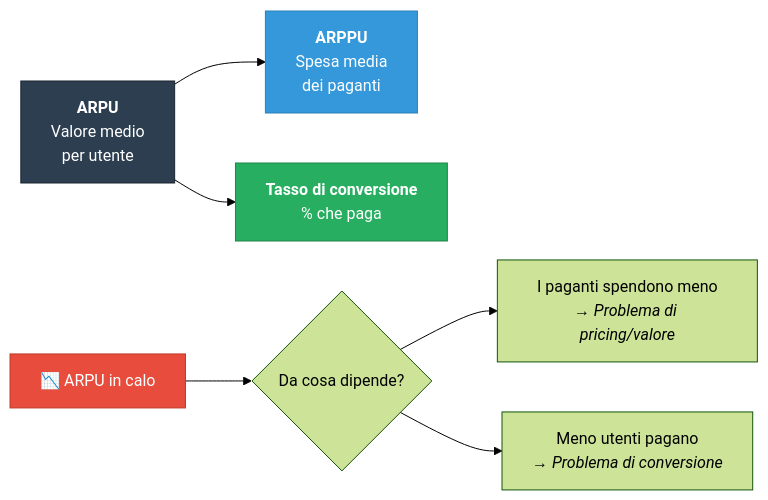
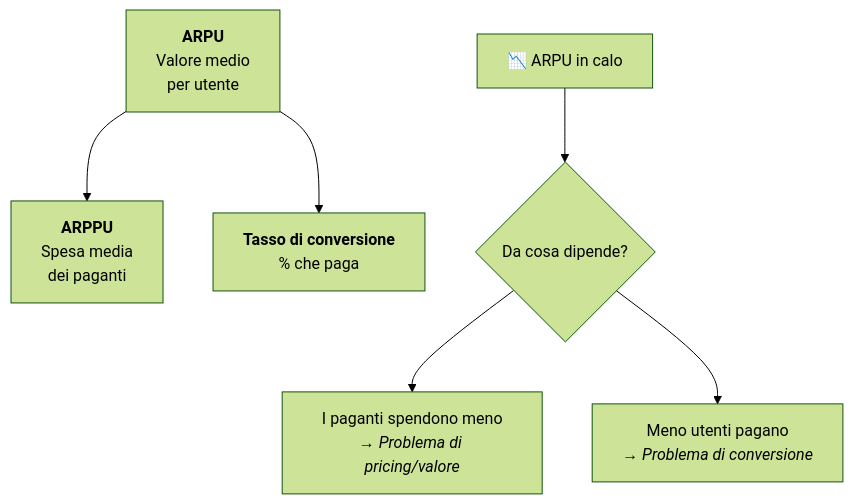
The seventh of 12 diagrams in src/content/corso/analisi-prodotto/analisi-coorte.mdx (AndreyBertasini/gynnitech), drawn with Mermaid (forest theme) before and after one commit. The commit also changed other lines of this file and 110 other files, not shown here.

First line of the commit message:
chore(content): optimize mermaid diagrams for mobile and dark theme

````diff
--- a/src/content/corso/analisi-prodotto/analisi-coorte.mdx
+++ b/src/content/corso/analisi-prodotto/analisi-coorte.mdx
@@ -196,12 +177,8 @@
 ```mermaid
-graph LR
+flowchart TD
     ARPU["<b>ARPU</b><br/>Valore medio<br/>per utente"] --> ARPPU["<b>ARPPU</b><br/>Spesa media<br/>dei paganti"]
     ARPU --> CR["<b>Tasso di conversione</b><br/>% che paga"]
     ARPU_DOWN["📉 ARPU in calo"] --> Q{"Da cosa dipende?"}
     Q --> ARPPU_DOWN["I paganti spendono meno<br/><i>→ Problema di pricing/valore</i>"]
     Q --> CR_DOWN["Meno utenti pagano<br/><i>→ Problema di conversione</i>"]
-    style ARPU fill:#2c3e50,stroke:#1a252f,color:#fff
-    style ARPPU fill:#3498db,stroke:#2980b9,color:#fff
-    style CR fill:#27ae60,stroke:#1e8449,color:#fff
-    style ARPU_DOWN fill:#e74c3c,stroke:#c0392b,color:#fff
 ```
````
